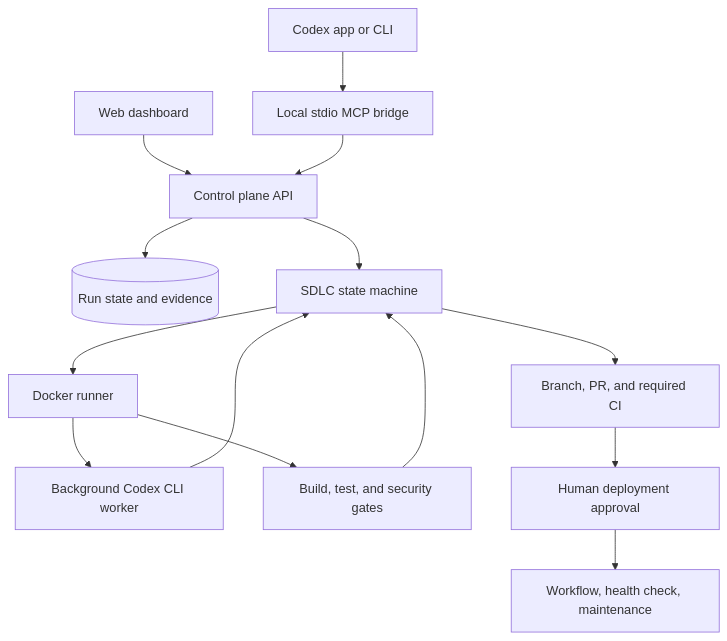
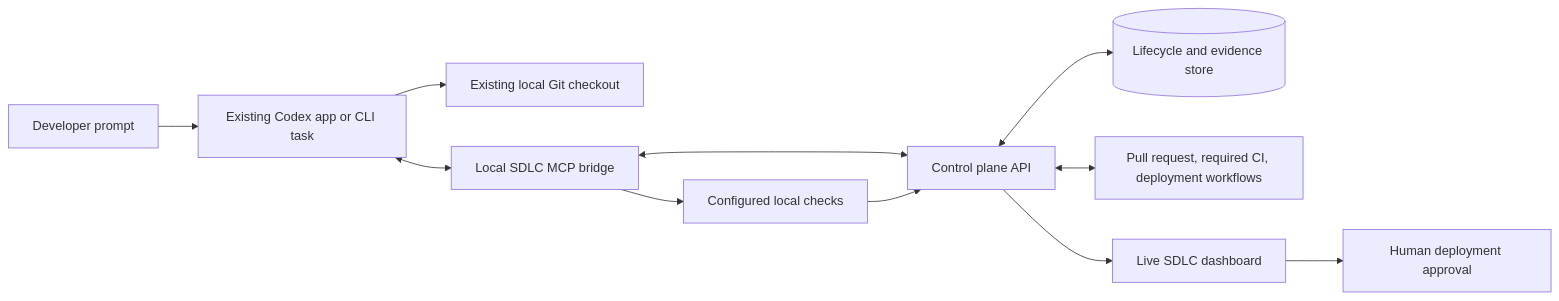
One commit to Melaonn/autonomouscodingagent changed the diagram in HOW-IT-WORKS.md. Above: the diagram before and after it, drawn with Mermaid. The commit also changed other lines of this file and 50 other files, not shown here.

Commit message:
Run SDLC in the native Codex session

````diff
--- a/HOW-IT-WORKS.md
+++ b/HOW-IT-WORKS.md
@@ -7,16 +5,13 @@
 ```mermaid
-flowchart TD
-  Chat[Codex app or CLI] --> MCP[Local stdio MCP bridge]
-  Dashboard[Web dashboard] --> API[Control plane API]
-  MCP --> API
-  API --> Store[(Run state and evidence)]
-  API --> Engine[SDLC state machine]
-  Engine --> Runner[Docker runner]
-  Runner --> Worker[Background Codex CLI worker]
-  Runner --> Gates[Build, test, and security gates]
-  Worker --> Engine
-  Gates --> Engine
-  Engine --> GitHub[Branch, PR, and required CI]
-  GitHub --> Approval[Human deployment approval]
-  Approval --> Release[Workflow, health check, maintenance]
+flowchart LR
+  User[Developer prompt] --> Codex[Existing Codex app or CLI task]
+  Codex --> Workspace[Existing local Git checkout]
+  Codex <--> MCP[Local SDLC MCP bridge]
+  MCP <--> API[Control plane API]
+  API <--> DB[(Lifecycle and evidence store)]
+  MCP --> Checks[Configured local checks]
+  Checks --> API
+  API <--> GitHub[Pull request, required CI, deployment workflows]
+  API --> Dashboard[Live SDLC dashboard]
+  Dashboard --> Approval[Human deployment approval]
 ```
````
